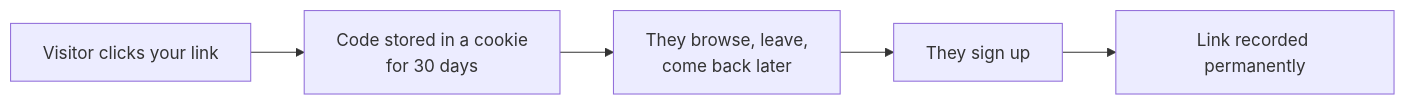
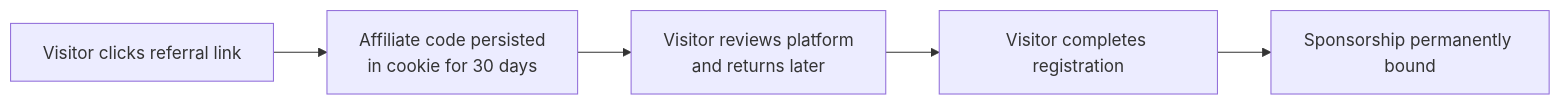
Before and after one commit to rempprandy/docs: the second of 2 diagrams in platform/referral-hub.mdx, drawn with Mermaid. The commit also changed other lines of this file and 37 other files, not shown here.

````diff
--- a/platform/referral-hub.mdx
+++ b/platform/referral-hub.mdx
@@ -48,7 +49,7 @@
 ```mermaid
 flowchart LR
-    A[Visitor clicks your link] --> B[Code stored in a cookie<br/>for 30 days]
-    B --> C[They browse, leave,<br/>come back later]
-    C --> D[They sign up]
-    D --> E[Link recorded permanently]
+    A[Visitor clicks referral link] --> B[Affiliate code persisted<br/>in cookie for 30 days]
+    B --> C[Visitor reviews platform<br/>and returns later]
+    C --> D[Visitor completes registration]
+    D --> E[Sponsorship permanently bound]
 ```
````
